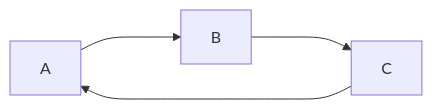
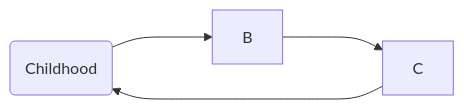
One commit to singhanmolpreet/mermaids changed the diagram in README.md. Above: the diagram before and after it, drawn with Mermaid.

````diff
--- a/README.md
+++ b/README.md
@@ -3,6 +3,6 @@
 ```mermaid
 flowchart LR
-    A ---> B
+    A(Childhood) ---> B
     B ---> C
     C ---> A
 ```
````
